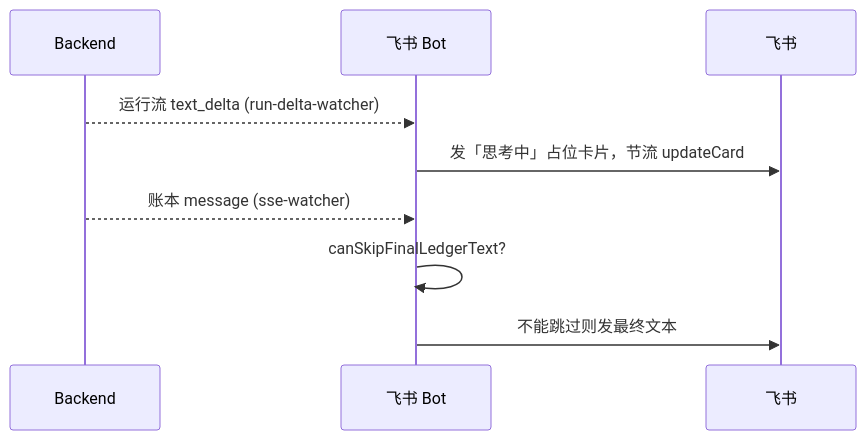
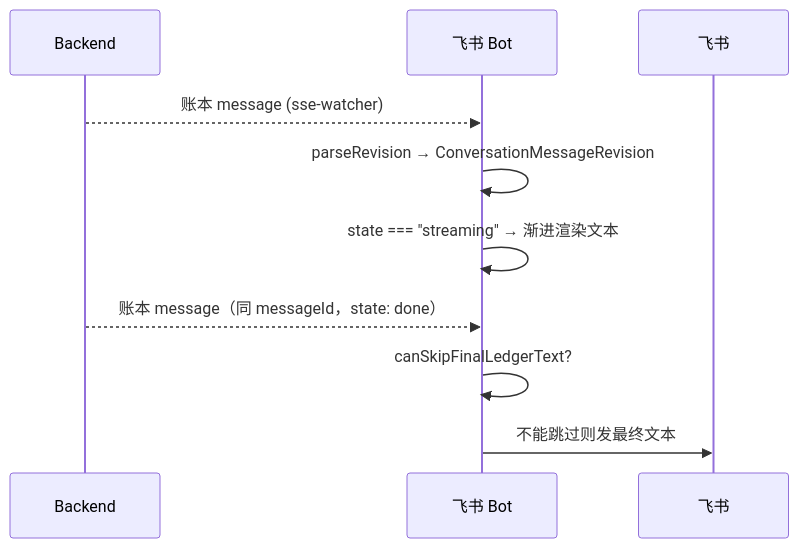
One commit to Chengchcc/my-agent-team changed the second of 2 diagrams in docs/architecture/surfaces/lark-adapter.md. Above: the diagram before and after it, drawn with Mermaid. The commit also changed other lines of this file and 8 other files, not shown here.

First line of the commit message:
docs: update architecture docs for message-revisions

````diff
--- a/docs/architecture/surfaces/lark-adapter.md
+++ b/docs/architecture/surfaces/lark-adapter.md
@@ -50,12 +50,13 @@
 ```mermaid
 sequenceDiagram
   participant B as Backend
   participant Bot as 飞书 Bot
   participant L as 飞书
 
-  B-->>Bot: 运行流 text_delta (run-delta-watcher)
-  Bot->>L: 发「思考中」占位卡片，节流 updateCard
   B-->>Bot: 账本 message (sse-watcher)
+  Bot->>Bot: parseRevision → ConversationMessageRevision
+  Bot->>Bot: state === "streaming" → 渐进渲染文本
+  B-->>Bot: 账本 message（同 messageId，state: done）
   Bot->>Bot: canSkipFinalLedgerText?
   Bot->>L: 不能跳过则发最终文本
 ```
````
